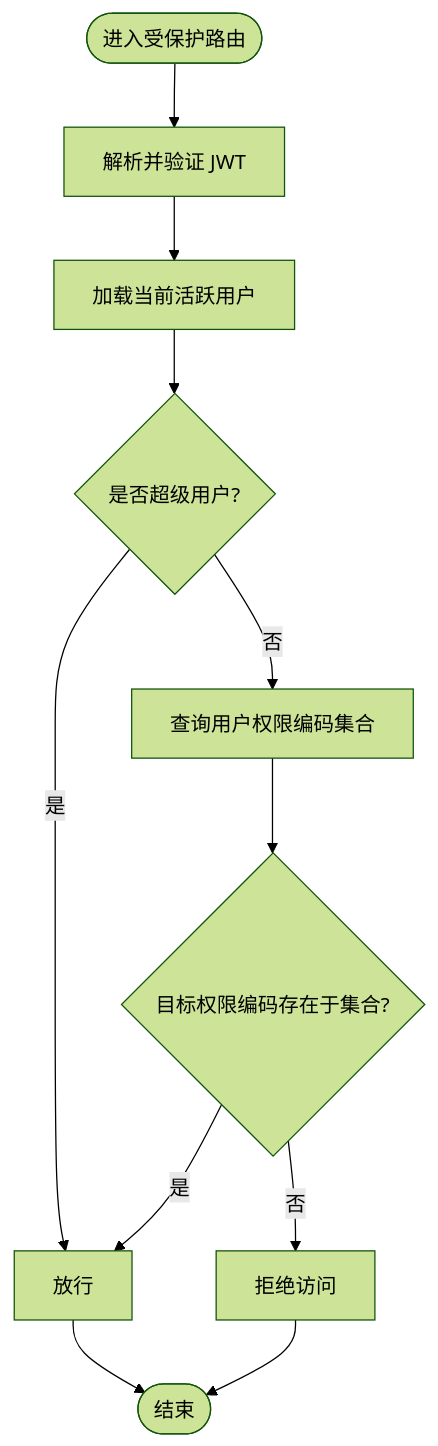
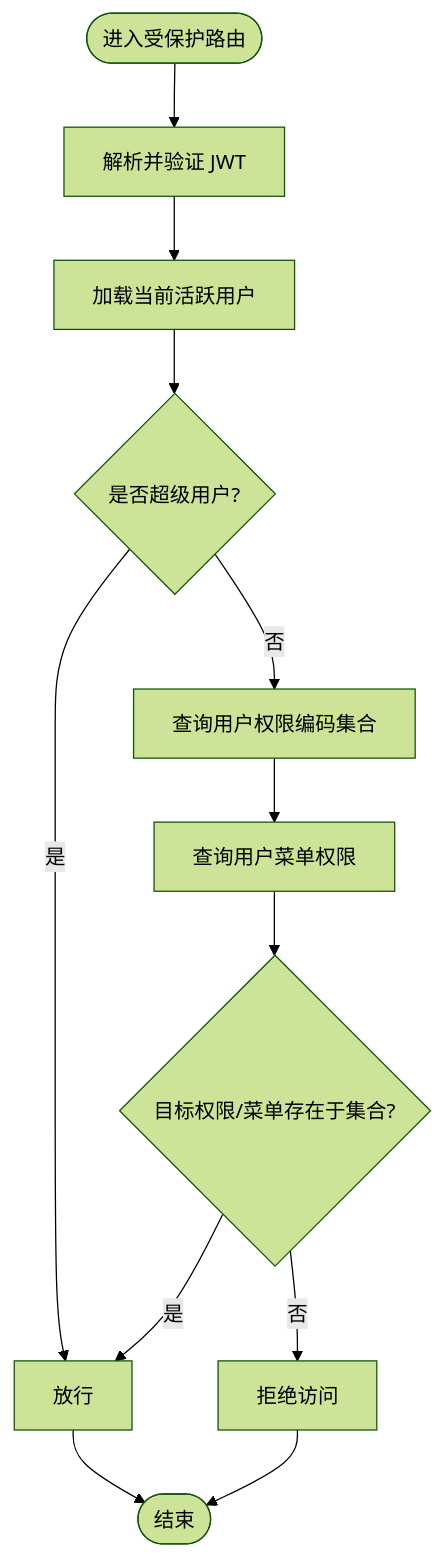
The third of 6 diagrams in .qoder/repowiki/zh/content/API 接口文档/RBAC 权限管理接口.md (taoweidong/Hello-FastApi), drawn with Mermaid (forest theme) before and after one commit. The commit also changed other lines of this file and 9 other files, not shown here.

````diff
--- a/.qoder/repowiki/zh/content/API 接口文档/RBAC 权限管理接口.md
+++ b/.qoder/repowiki/zh/content/API 接口文档/RBAC 权限管理接口.md
@@ -260,13 +311,14 @@
 ```mermaid
 flowchart TD
 Start(["进入受保护路由"]) --> GetToken["解析并验证 JWT"]
 GetToken --> GetUser["加载当前活跃用户"]
 GetUser --> Superuser{"是否超级用户?"}
 Superuser --> |是| Allow["放行"]
 Superuser --> |否| LoadPerms["查询用户权限编码集合"]
-LoadPerms --> Match{"目标权限编码存在于集合?"}
+LoadPerms --> LoadMenus["查询用户菜单权限"]
+LoadMenus --> Match{"目标权限/菜单存在于集合?"}
 Match --> |是| Allow
 Match --> |否| Deny["拒绝访问"]
 Allow --> End(["结束"])
 Deny --> End
 ```
````
